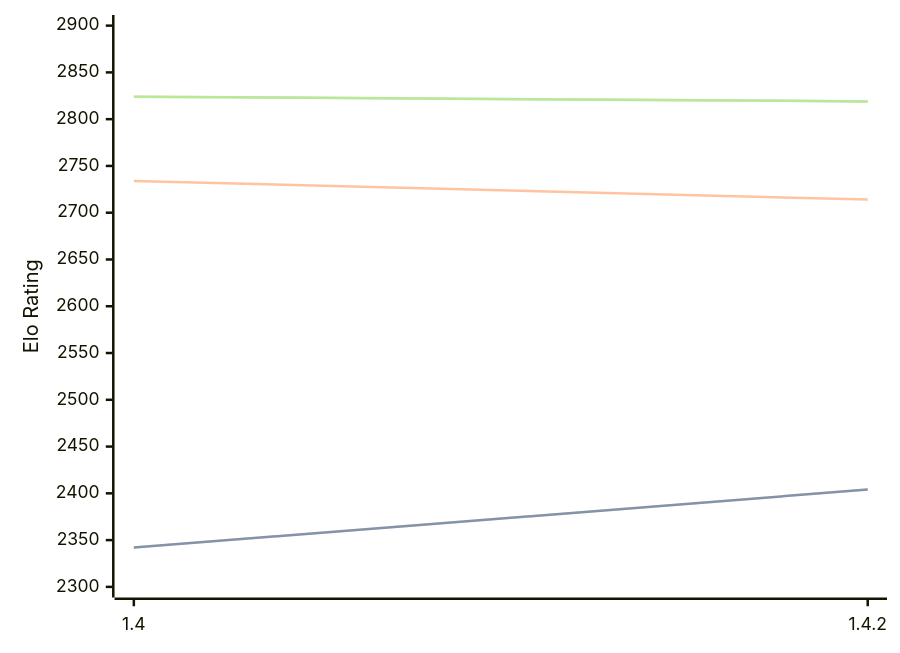
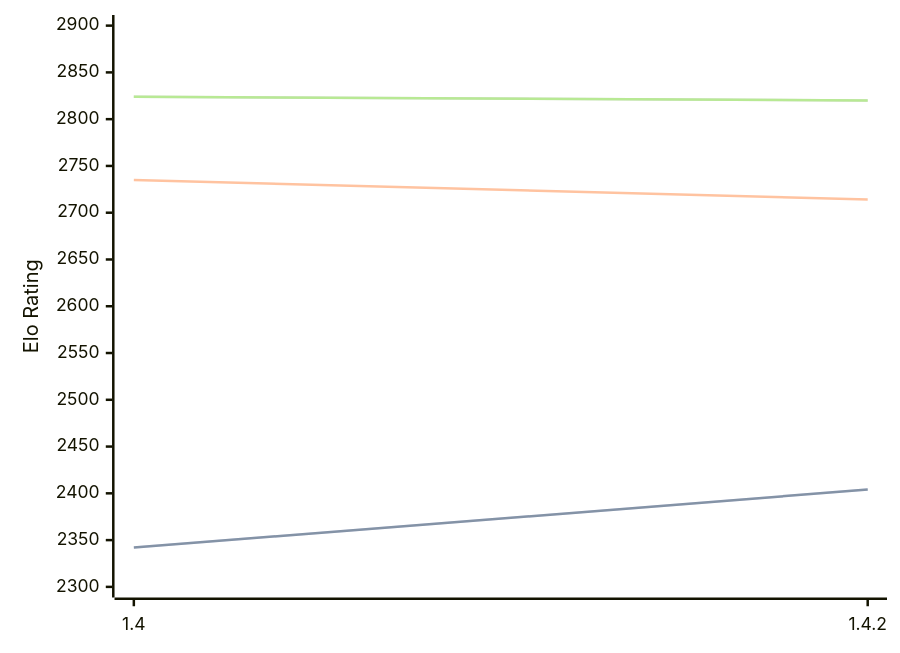
The diagram in engines/Spike.md (computer-chess-index/cci), drawn with Mermaid before and after one commit. The commit also changed other lines of this file, not shown here.

Commit message:
Update CCI Ratings (ELO VLTC) - 2026-09-10

````diff
--- a/engines/Spike.md
+++ b/engines/Spike.md
@@ -32,11 +32,11 @@
 ```mermaid
 %%{init: {"theme":"base","themeVariables":{"seriesColors:['#a3a3a3','#222221','#faa371']}}}%%
 xychart-beta
   x-axis ["1.4", "1.4.2"]
   y-axis "Elo Rating" 2300 --> 2900
   line "" [2342, 2404]
   line "STC (8.0+0.08s)" [2342, 2404]
-  line "LTC (60.0+0.60s)" [2734, 2714]
-  line "" [2824, 2819]
-  line "VLTC (2m24s+1.12s)" [2824, 2819]
+  line "LTC (60.0+0.60s)" [2735, 2714]
+  line "" [2824, 2820]
+  line "VLTC (2m24s+1.12s)" [2824, 2820]
 ```
````
